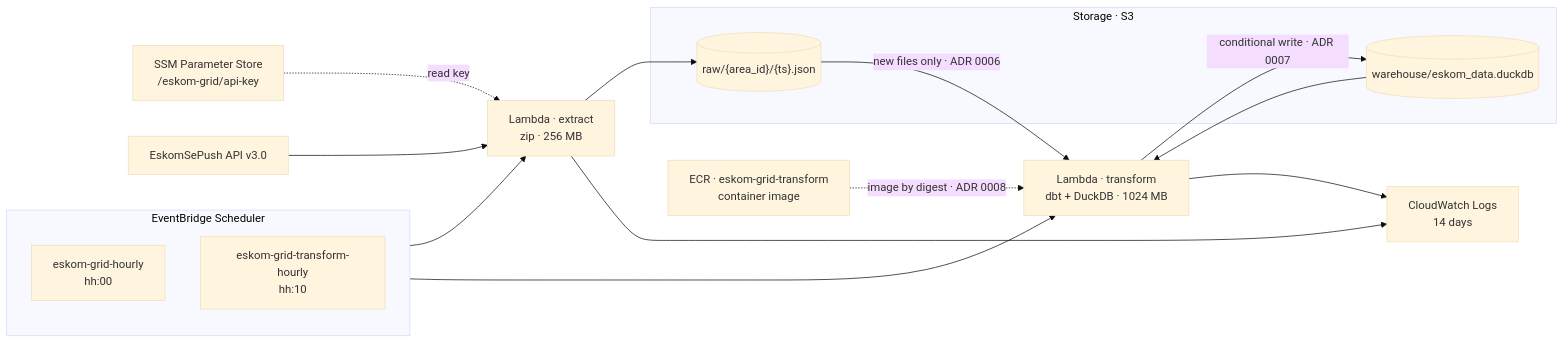
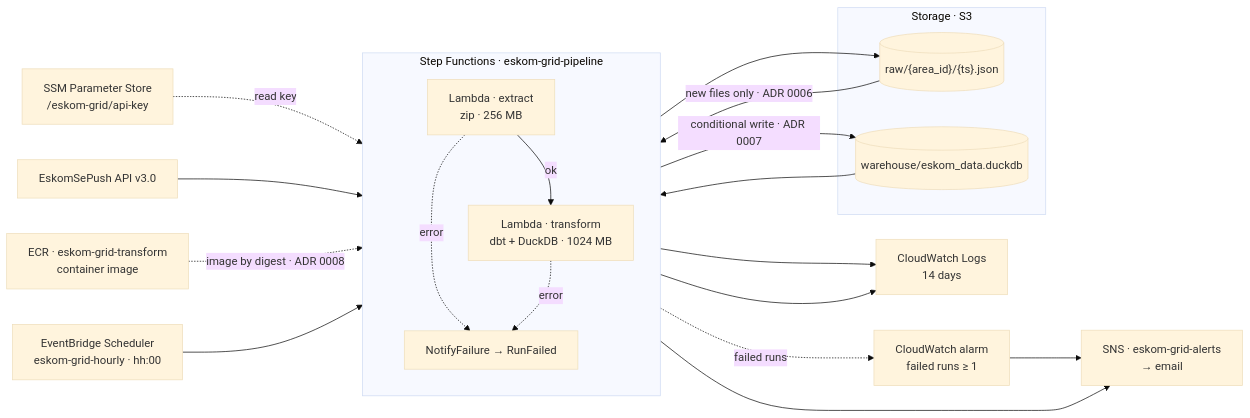
Before and after one commit to Furnx/eskom-grid-cloud: the second of 3 diagrams in README.md, drawn with Mermaid (base theme). The commit also changed other lines of this file and 2 other files, not shown here.

Commit message:
feat: complete Phase 3 with orchestration and alerting via Step Functions

````diff
--- a/README.md
+++ b/README.md
@@ -78,34 +81,40 @@
 ```mermaid
 flowchart LR
     API["EskomSePush API v3.0"]
     SSM["SSM Parameter Store<br/>/eskom-grid/api-key"]
     ECR["ECR · eskom-grid-transform<br/>container image"]
+    EB["EventBridge Scheduler<br/>eskom-grid-hourly · hh:00"]
 
-    subgraph SCHED["EventBridge Scheduler"]
+    subgraph SFN["Step Functions · eskom-grid-pipeline"]
         direction TB
-        H00["eskom-grid-hourly<br/>hh:00"]
-        H10["eskom-grid-transform-hourly<br/>hh:10"]
+        EXTRACT["Lambda · extract<br/>zip · 256 MB"]
+        TRANSFORM["Lambda · transform<br/>dbt + DuckDB · 1024 MB"]
+        NOTIFY["NotifyFailure → RunFailed"]
+        EXTRACT -- ok --> TRANSFORM
+        EXTRACT -. error .-> NOTIFY
+        TRANSFORM -. error .-> NOTIFY
     end
-
-    EXTRACT["Lambda · extract<br/>zip · 256 MB"]
-    TRANSFORM["Lambda · transform<br/>dbt + DuckDB · 1024 MB"]
 
     subgraph S3["Storage · S3"]
         RAW[("raw/{area_id}/{ts}.json")]
         WH[("warehouse/eskom_data.duckdb")]
     end
 
+    SNS["SNS · eskom-grid-alerts<br/>→ email"]
+    ALARM["CloudWatch alarm<br/>failed runs ≥ 1"]
     CW["CloudWatch Logs<br/>14 days"]
 
-    H00 --> EXTRACT
-    H10 --> TRANSFORM
+    EB --> SFN
     SSM -. read key .-> EXTRACT
     API --> EXTRACT
     EXTRACT --> RAW
     RAW -- "new files only · ADR 0006" --> TRANSFORM
     WH --> TRANSFORM
     TRANSFORM -- "conditional write · ADR 0007" --> WH
     ECR -. image by digest · ADR 0008 .-> TRANSFORM
+    NOTIFY --> SNS
+    SFN -. failed runs .-> ALARM
+    ALARM --> SNS
     EXTRACT --> CW
     TRANSFORM --> CW
 ```
````
